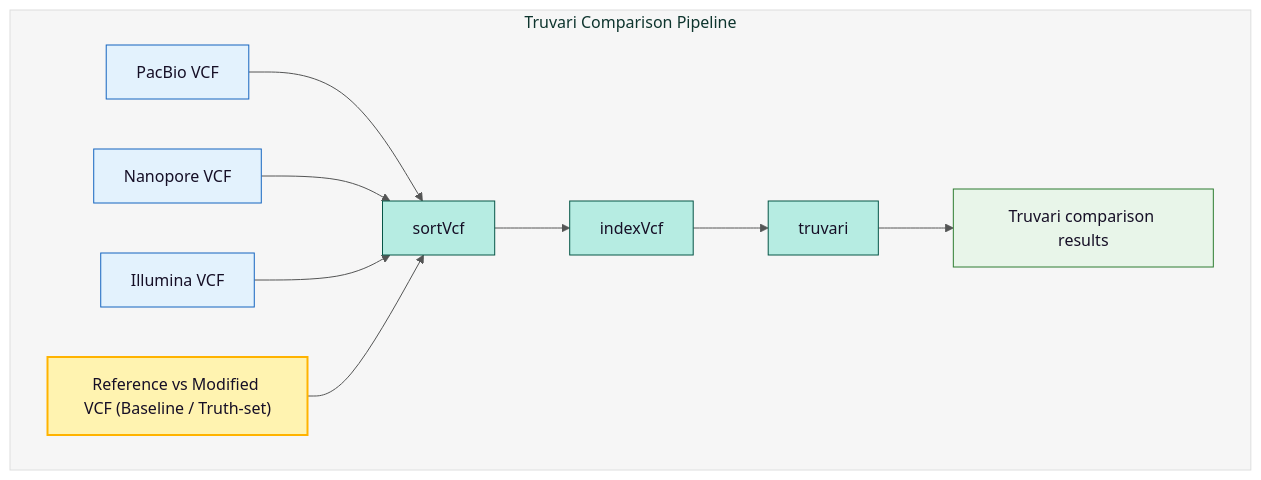
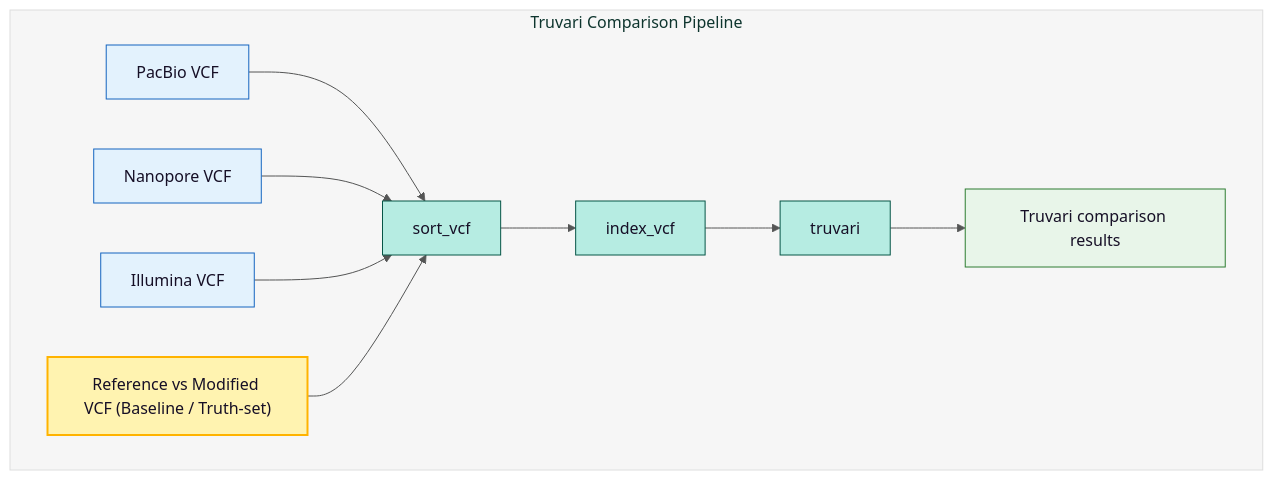
One commit to denisHanch/efsa_pipeline changed the diagram in docs/outputs/truvari.md. Above: the diagram before and after it, drawn with Mermaid. The commit also changed other lines of this file and 13 other files, not shown here.

````diff
--- a/docs/outputs/truvari.md
+++ b/docs/outputs/truvari.md
@@ -7,46 +7,46 @@
 ```mermaid
 %%{init: {
   "theme": "base",
   "themeVariables": {
     "primaryColor": "#B6ECE2",
     "primaryTextColor": "#160F26",
     "primaryBorderColor": "#065647",
     "lineColor": "#545555",
     "clusterBkg": "#BABCBD22",
     "clusterBorder": "#DDDEDE",
     "fontFamily": "arial"
   }
 }}%%
 flowchart TB
 
 %% ===== TRUVARI COMPARISON PIPELINE =====
 subgraph Truvari_Comparision_Pipeline["Truvari Comparison Pipeline"]
     %% Inputs
     REF_MOD_VCF["Reference vs Modified VCF (Baseline / Truth-set)"]:::truthset
     PB_VCF["PacBio VCF"]:::input
     ONT_VCF["Nanopore VCF"]:::input
     IL_VCF["Illumina VCF"]:::input
 
     %% Processes
-    SORT_VCF["sortVcf"]:::process
-    INDEX_VCF["indexVcf"]:::process
+    SORT_VCF["sort_vcf"]:::process
+    INDEX_VCF["index_vcf"]:::process
     TRUVARI["truvari"]:::process
 
     %% Output
     TRUVARI_OUT["Truvari comparison results"]:::output
 
     %% Connections
     PB_VCF --> SORT_VCF
     ONT_VCF --> SORT_VCF
     IL_VCF --> SORT_VCF
     REF_MOD_VCF --> SORT_VCF
 
     SORT_VCF --> INDEX_VCF --> TRUVARI --> TRUVARI_OUT
 end
 
 %% ===== STYLING =====
 classDef input fill:#E3F2FD,stroke:#1565C0
 classDef truthset fill:#FFF3B0,stroke:#FFB300,stroke-width:2px
 classDef process fill:#B6ECE2,stroke:#065647
 classDef output fill:#E8F5E9,stroke:#2E7D32
 ```
````
